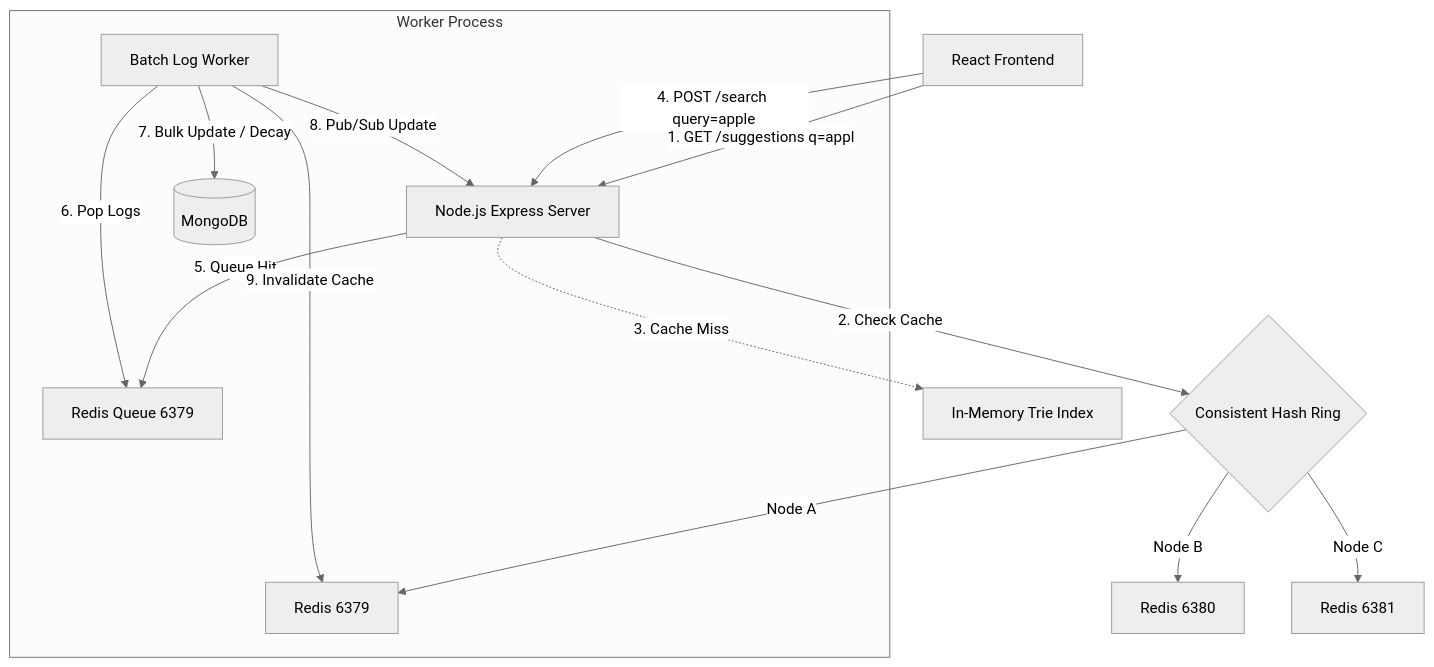
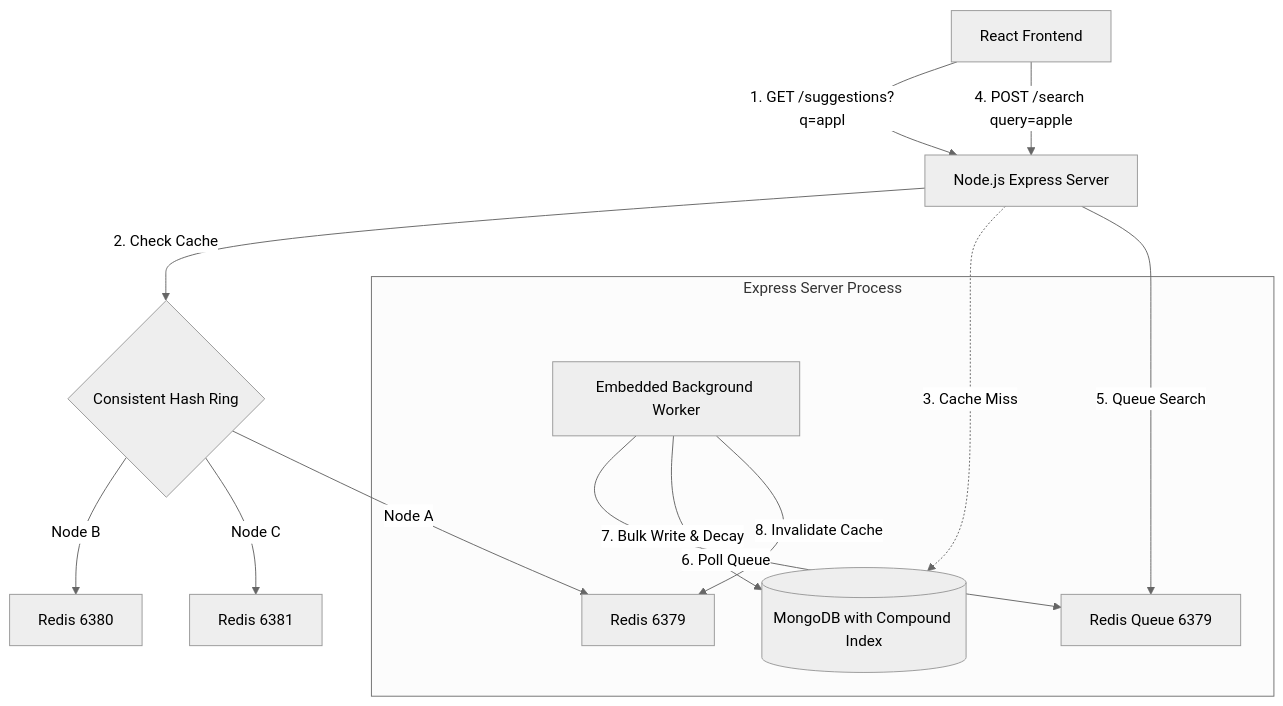
One commit to NoteLegend/Search-TypeHead changed the diagram in README.md. Above: the diagram before and after it, drawn with Mermaid (neutral theme). The commit also changed other lines of this file and 21 other files, not shown here.

Commit message:
feat: implement backend service architecture with an asynchronous background worker for query aggregation and trending analysis.

````diff
--- a/README.md
+++ b/README.md
@@ -9,20 +25,19 @@
 ```mermaid
 graph TD
-    Client[React Frontend] -->|1. GET /suggestions q=appl| Express[Node.js Express Server]
+    Client[React Frontend] -->|1. GET /suggestions?q=appl| Express[Node.js Express Server]
     Client -->|4. POST /search query=apple| Express
     
     Express -->|2. Check Cache| Ring{Consistent Hash Ring}
     Ring -->|Node A| R1[Redis 6379]
     Ring -->|Node B| R2[Redis 6380]
     Ring -->|Node C| R3[Redis 6381]
     
-    Express -.->|3. Cache Miss| Trie[In-Memory Trie Index]
-    Express -->|5. Queue Hit| Q[Redis Queue 6379]
+    Express -.->|3. Cache Miss| Mongo[(MongoDB with Compound Index)]
+    Express -->|5. Queue Search| Q[Redis Queue 6379]
     
-    subgraph Worker Process
-        Worker[Batch Log Worker] -->|6. Pop Logs| Q
-        Worker -->|7. Bulk Update / Decay| Mongo[(MongoDB)]
-        Worker -->|8. Pub/Sub Update| Express
-        Worker -->|9. Invalidate Cache| R1
+    subgraph Express Server Process
+        Worker[Embedded Background Worker] -->|6. Poll Queue| Q
+        Worker -->|7. Bulk Write & Decay| Mongo
+        Worker -->|8. Invalidate Cache| R1
     end
 ```
````
